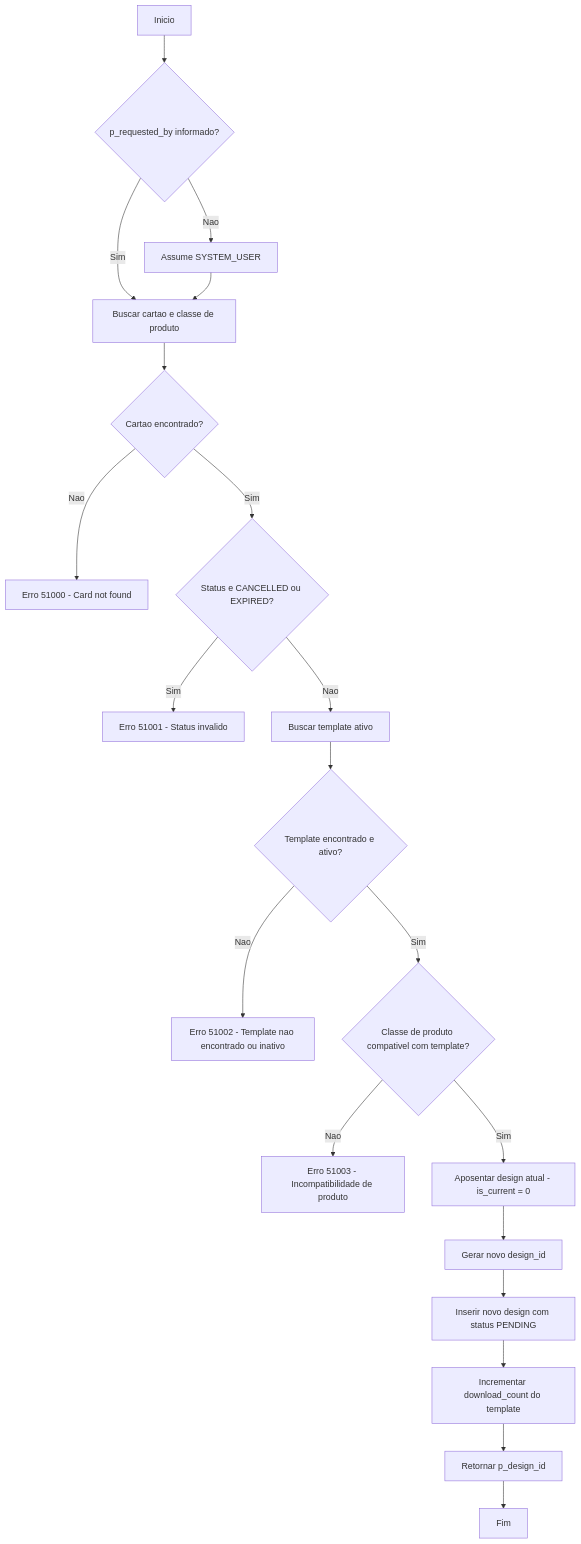
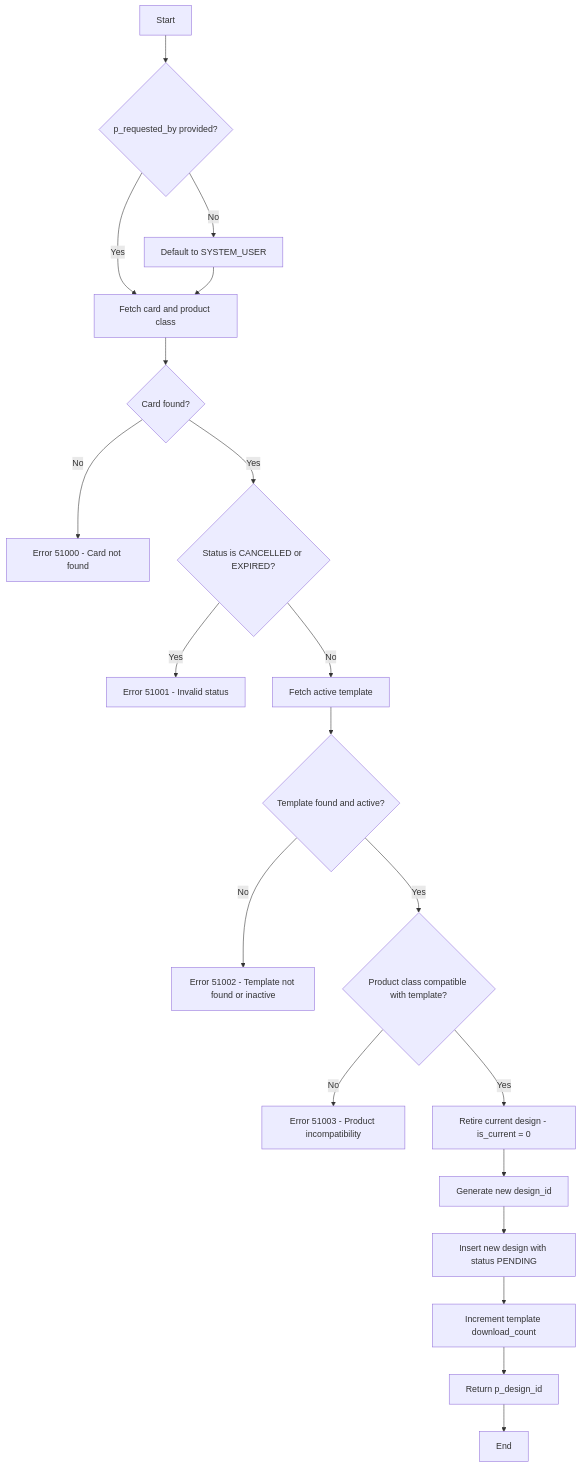
One commit to gft-us-wynxx/GftUs.Samples.NovoCard.SQL changed the diagram in doc/database/procedures/sp_assign_card_design.md. Above: the diagram before and after it, drawn with Mermaid. The commit also changed other lines of this file and 35 other files, not shown here.

````diff
--- a/doc/database/procedures/sp_assign_card_design.md
+++ b/doc/database/procedures/sp_assign_card_design.md
@@ -71,22 +69,22 @@
 ```mermaid
 graph TD
-    A[Inicio] --> B{p_requested_by informado?}
-    B -- Nao --> B1[Assume SYSTEM_USER]
-    B -- Sim --> C
-    B1 --> C[Buscar cartao e classe de produto]
-    C --> D{Cartao encontrado?}
-    D -- Nao --> D1[Erro 51000 - Card not found]
-    D -- Sim --> E{Status e CANCELLED ou EXPIRED?}
-    E -- Sim --> E1[Erro 51001 - Status invalido]
-    E -- Nao --> F[Buscar template ativo]
-    F --> G{Template encontrado e ativo?}
-    G -- Nao --> G1[Erro 51002 - Template nao encontrado ou inativo]
-    G -- Sim --> H{Classe de produto compativel com template?}
-    H -- Nao --> H1[Erro 51003 - Incompatibilidade de produto]
-    H -- Sim --> I[Aposentar design atual - is_current = 0]
-    I --> J[Gerar novo design_id]
-    J --> K[Inserir novo design com status PENDING]
-    K --> L[Incrementar download_count do template]
-    L --> M[Retornar p_design_id]
-    M --> N[Fim]
+    A[Start] --> B{p_requested_by provided?}
+    B -- No --> B1[Default to SYSTEM_USER]
+    B -- Yes --> C
+    B1 --> C[Fetch card and product class]
+    C --> D{Card found?}
+    D -- No --> D1[Error 51000 - Card not found]
+    D -- Yes --> E{Status is CANCELLED or EXPIRED?}
+    E -- Yes --> E1[Error 51001 - Invalid status]
+    E -- No --> F[Fetch active template]
+    F --> G{Template found and active?}
+    G -- No --> G1[Error 51002 - Template not found or inactive]
+    G -- Yes --> H{Product class compatible with template?}
+    H -- No --> H1[Error 51003 - Product incompatibility]
+    H -- Yes --> I[Retire current design - is_current = 0]
+    I --> J[Generate new design_id]
+    J --> K[Insert new design with status PENDING]
+    K --> L[Increment template download_count]
+    L --> M[Return p_design_id]
+    M --> N[End]
 ```
````
